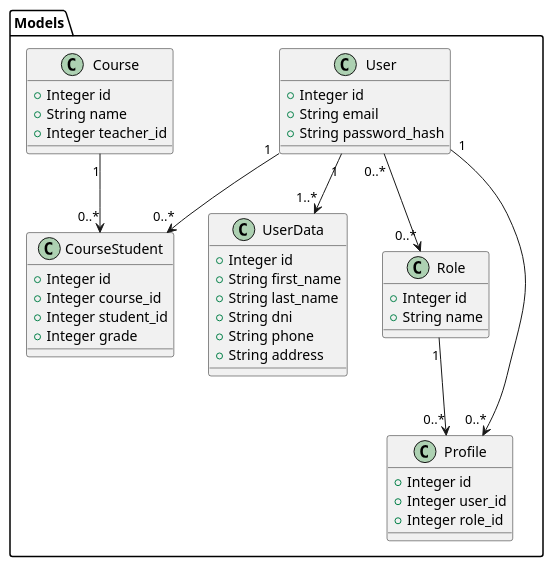
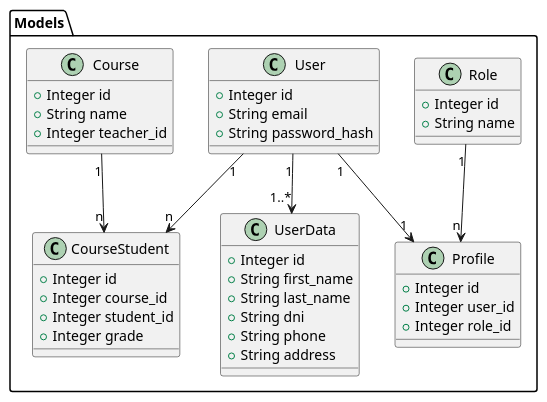
The diagram in docs/class_diagram.puml (francomarin/Oliva_Malbec_1), drawn with PlantUML before and after one commit.

Commit message:
modifico/actualizo el diagrama de clases

```diff
--- a/docs/class_diagram.puml
+++ b/docs/class_diagram.puml
@@ -1,51 +1,50 @@
 @startuml Class
 
 package "Models" {
     class User {
         +Integer id
         +String email
         +String password_hash
     }
 
     class UserData {
         +Integer id
         +String first_name
         +String last_name
         +String dni
         +String phone
         +String address
     }
 
     class Role {
         +Integer id
         +String name
     }
 
     class Profile {
         +Integer id
         +Integer user_id
         +Integer role_id
     }
 
     class Course {
         +Integer id
         +String name
         +Integer teacher_id
     }
 
     class CourseStudent {
         +Integer id
         +Integer course_id
         +Integer student_id
         +Integer grade
     }
 
     User "1" --> "1..*" UserData
-    User "1" --> "0..*" Profile
-    User "1" --> "0..*" CourseStudent
-    Role "1" --> "0..*" Profile
-    User "0..*" --> "0..*" Role
-    Course "1" --> "0..*" CourseStudent
+    User "1" --> "1" Profile
+    User "1" --> "n" CourseStudent
+    Role "1" --> "n" Profile
+    Course "1" --> "n" CourseStudent
 }
 
 @enduml
```
